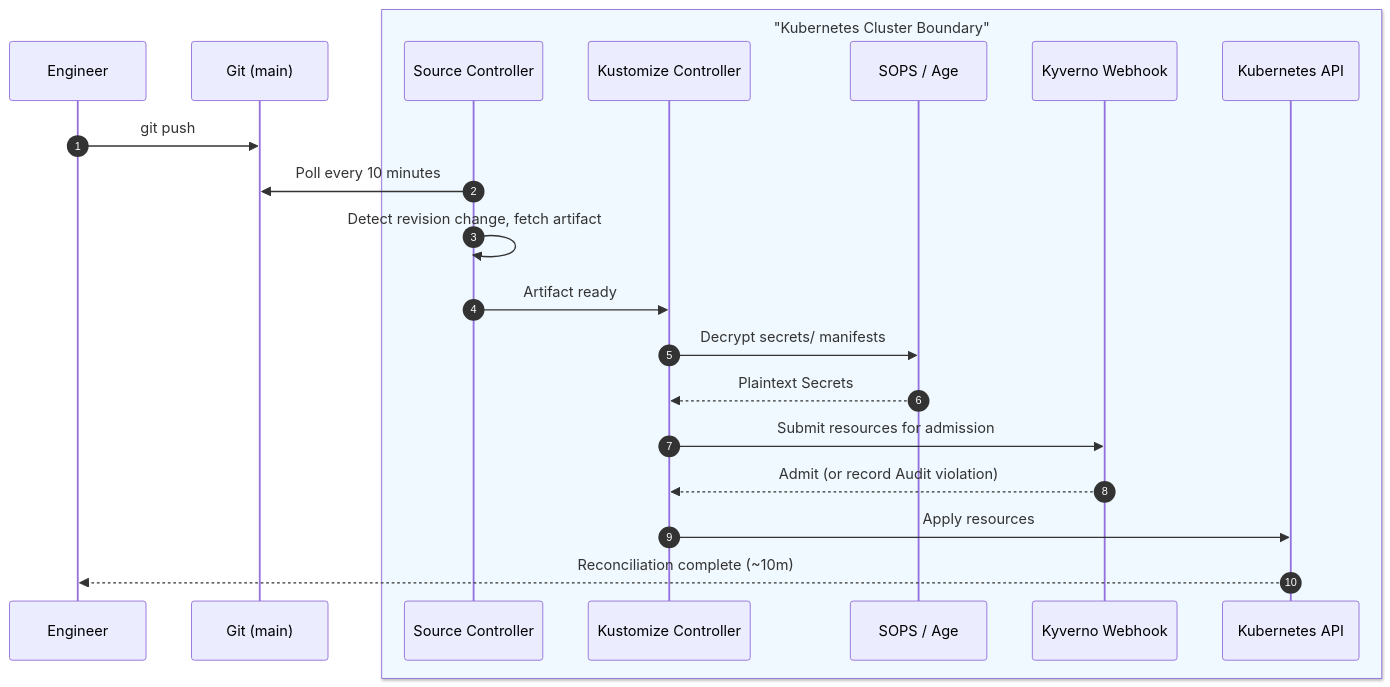
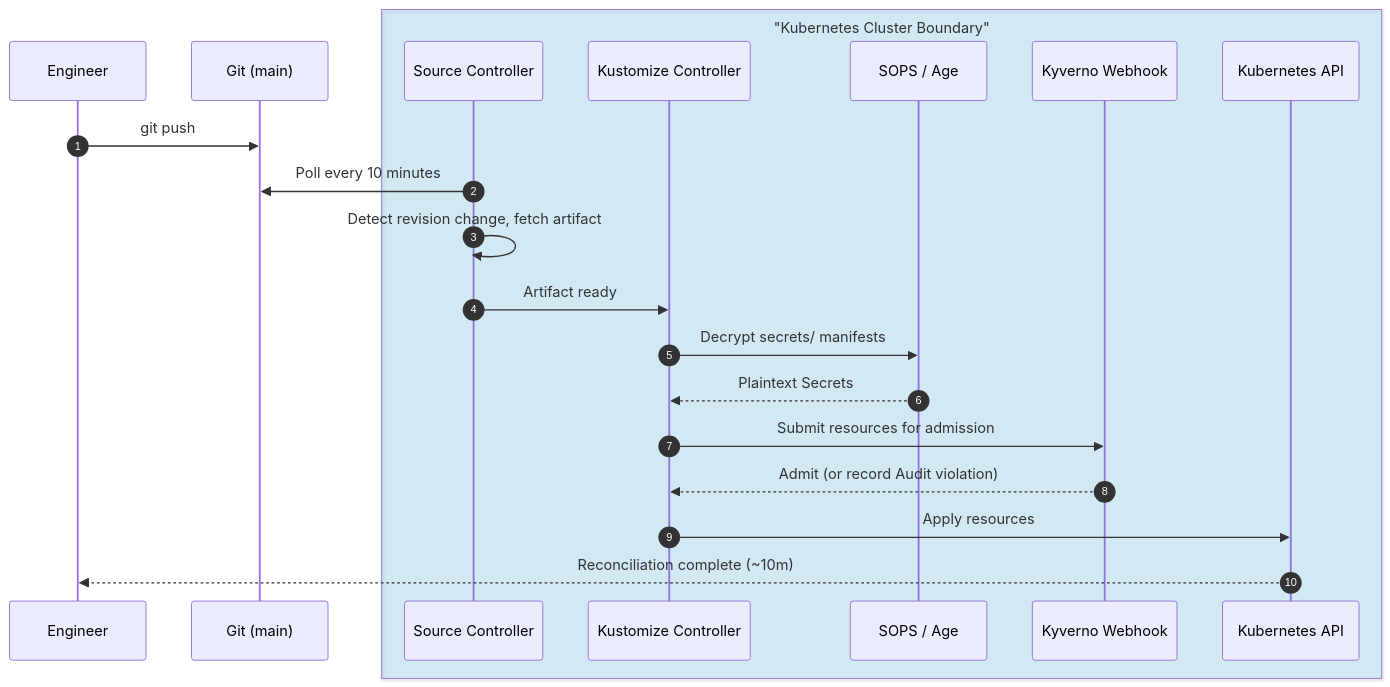
One commit to Aishwaryaa12/flux-gitops changed the second of 5 diagrams in README.md. Above: the diagram before and after it, drawn with Mermaid.

Commit message:
fix: formatting issues

````diff
--- a/README.md
+++ b/README.md
@@ -147,42 +147,30 @@
 ```mermaid
-%%{init: {
-  'theme': 'base',
-  'themeVariables': {
-    'actorBkg': '#e0f2fe',          /* Very light sky blue for the boxes */
-    'actorBorder': '#0ea5e9',       /* Bright sky blue for borders */
-    'actorTextColor': '#082f49',    /* Deep navy (almost black) for high readability */
-    'actorLineColor': '#7dd3fc',    /* Soft blue for the vertical lifelines */
-    'signalColor': '#0284c7',       /* Strong blue for the action arrows */
-    'signalTextColor': '#082f49',   /* Deep navy text for the arrow labels */
-    'sequenceNumberColor': '#ffffff', 
-    'sequenceNumberBkg': '#0284c7'  /* Strong blue for the step numbers */
-  }
-}}%%
 sequenceDiagram
     autonumber
     
     %% External Participants
     participant Dev as Engineer
     participant Git as Git (main)
     
-    %% Cluster Boundary Grouping
-    box rgb(240, 249, 255) "Kubernetes Cluster Boundary"
+    %% Cluster Boundary Grouping (Using 15% opacity blue)
+    box rgba(14, 165, 233, 0.15) "Kubernetes Cluster Boundary"
         participant Src as Source Controller
         participant Kust as Kustomize Controller
         participant SOPS as SOPS / Age
         participant Kyverno as Kyverno Webhook
         participant K8s as Kubernetes API
     end
 
     %% Flow Execution
     Dev->>Git: git push
     Src->>Git: Poll every 10 minutes
     Src->>Src: Detect revision change, fetch artifact
     Src->>Kust: Artifact ready
     Kust->>SOPS: Decrypt secrets/ manifests
     SOPS-->>Kust: Plaintext Secrets
     Kust->>Kyverno: Submit resources for admission
     Kyverno-->>Kust: Admit (or record Audit violation)
     Kust->>K8s: Apply resources
     K8s-->>Dev: Reconciliation complete (~10m)
+
 ```
````
